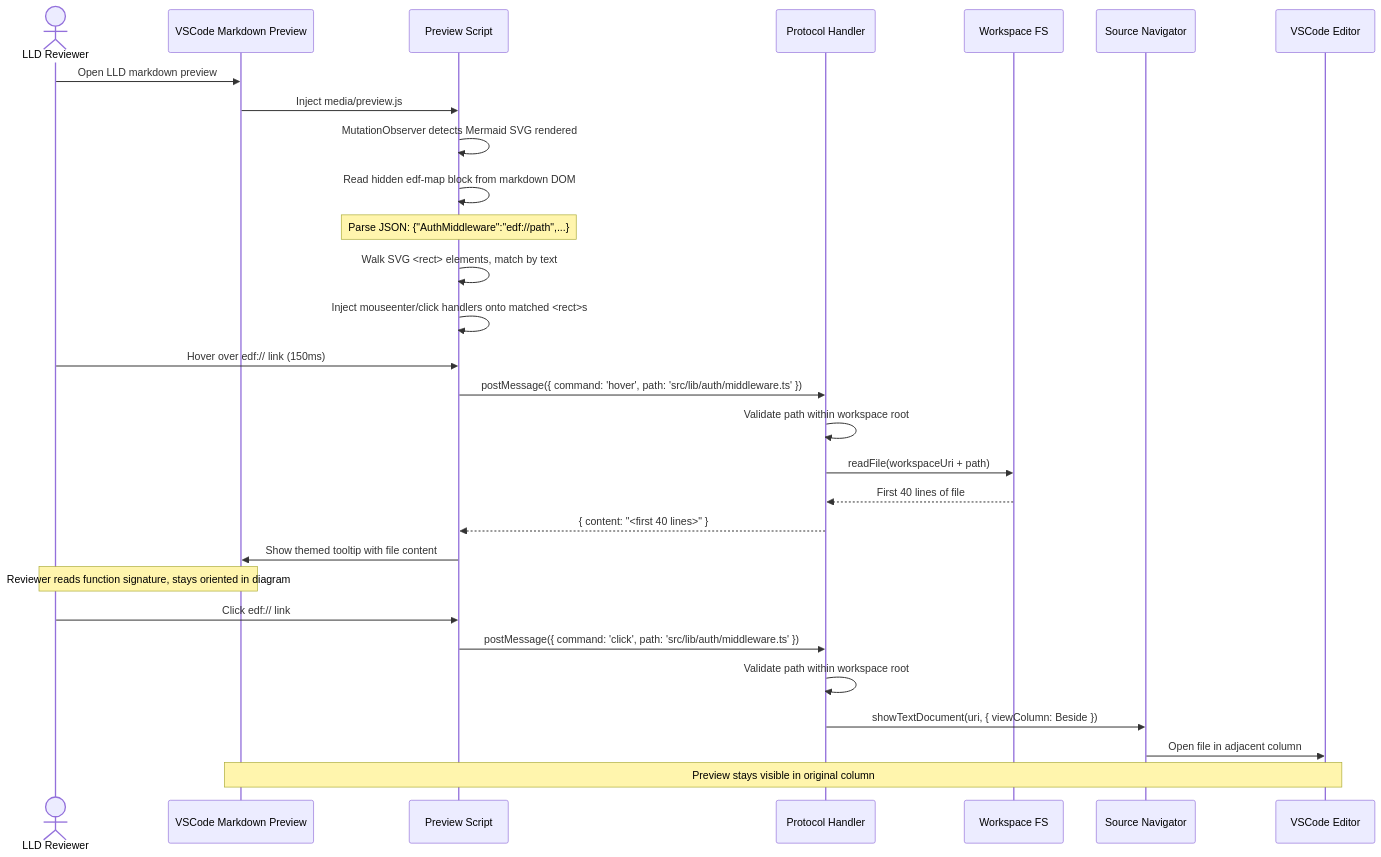
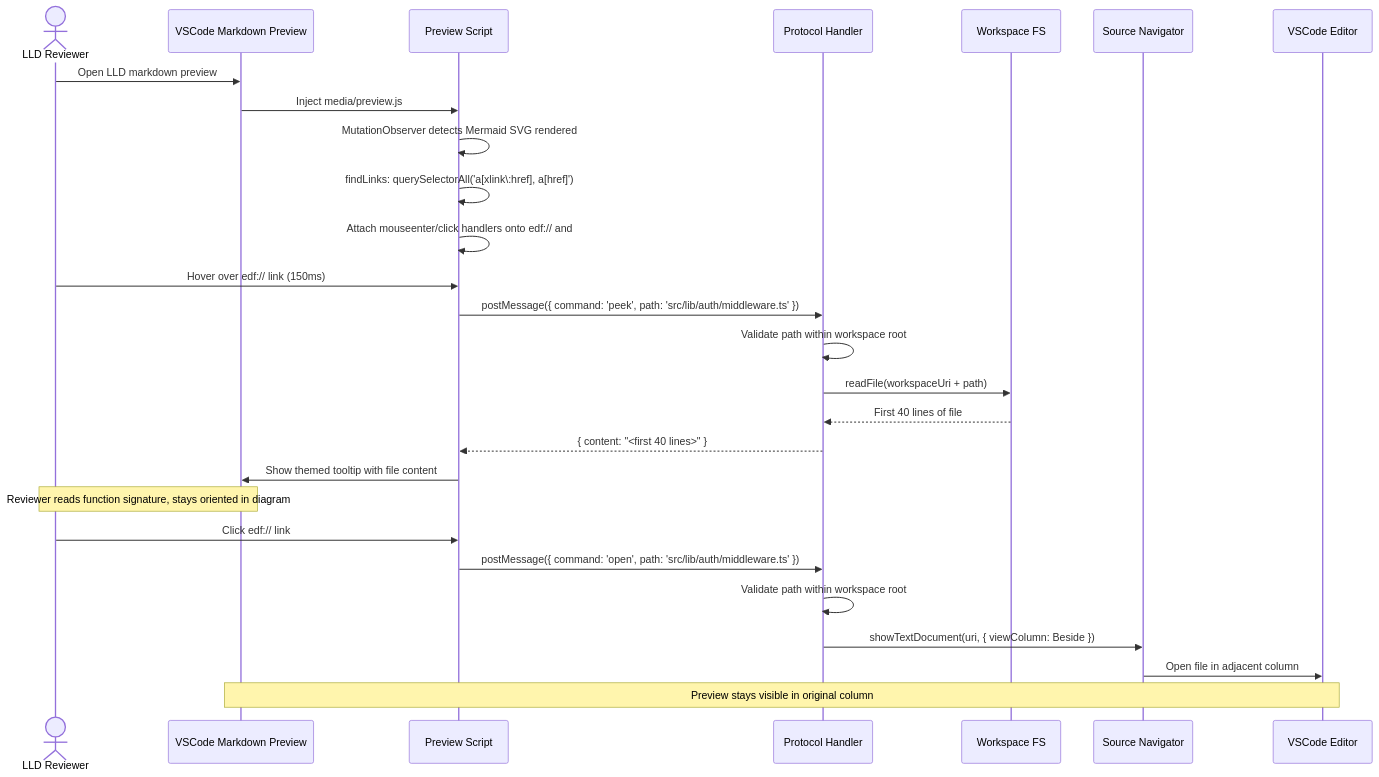
Before and after one commit to mironyx/engineering-delivery-framework: the third of 7 diagrams in plugins/edf/docs/design/v1/v1-design.md, drawn with Mermaid. The commit also changed other lines of this file and 3 other files, not shown here.

First line of the commit message:
docs: reconcile v1 artefacts with verified Mermaid reality

````diff
--- a/plugins/edf/docs/design/v1/v1-design.md
+++ b/plugins/edf/docs/design/v1/v1-design.md
@@ -372,34 +373,32 @@
 ```mermaid
 sequenceDiagram
     actor Reviewer as LLD Reviewer
     participant Preview as VSCode Markdown Preview
     participant Script as Preview Script
     participant Handler as Protocol Handler
     participant FS as Workspace FS
     participant Nav as Source Navigator
     participant Editor as VSCode Editor
 
     Reviewer->>Preview: Open LLD markdown preview
     Preview->>Script: Inject media/preview.js
     Script->>Script: MutationObserver detects Mermaid SVG rendered
-    Script->>Script: Read hidden edf-map block from markdown DOM
-    Note over Script: Parse JSON: {"AuthMiddleware":"edf://path",...}
-    Script->>Script: Walk SVG <rect> elements, match by text
-    Script->>Script: Inject mouseenter/click handlers onto matched <rect>s
+    Script->>Script: findLinks: querySelectorAll('a[xlink\:href], a[href]')
+    Script->>Script: Attach mouseenter/click handlers onto edf:// and #LLD- links
 
     Reviewer->>Script: Hover over edf:// link (150ms)
-    Script->>Handler: postMessage({ command: 'hover', path: 'src/lib/auth/middleware.ts' })
+    Script->>Handler: postMessage({ command: 'peek', path: 'src/lib/auth/middleware.ts' })
     Handler->>Handler: Validate path within workspace root
     Handler->>FS: readFile(workspaceUri + path)
     FS-->>Handler: First 40 lines of file
     Handler-->>Script: { content: "<first 40 lines>" }
     Script->>Preview: Show themed tooltip with file content
     Note over Reviewer,Preview: Reviewer reads function signature, stays oriented in diagram
 
     Reviewer->>Script: Click edf:// link
-    Script->>Handler: postMessage({ command: 'click', path: 'src/lib/auth/middleware.ts' })
+    Script->>Handler: postMessage({ command: 'open', path: 'src/lib/auth/middleware.ts' })
     Handler->>Handler: Validate path within workspace root
     Handler->>Nav: showTextDocument(uri, { viewColumn: Beside })
     Nav->>Editor: Open file in adjacent column
     Note over Preview,Editor: Preview stays visible in original column
 ```
````
